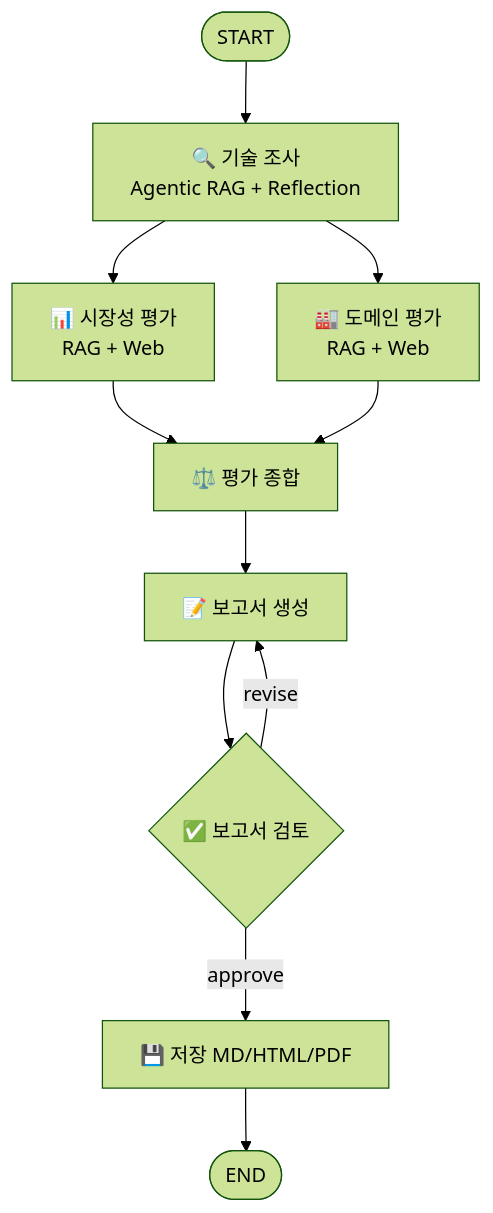
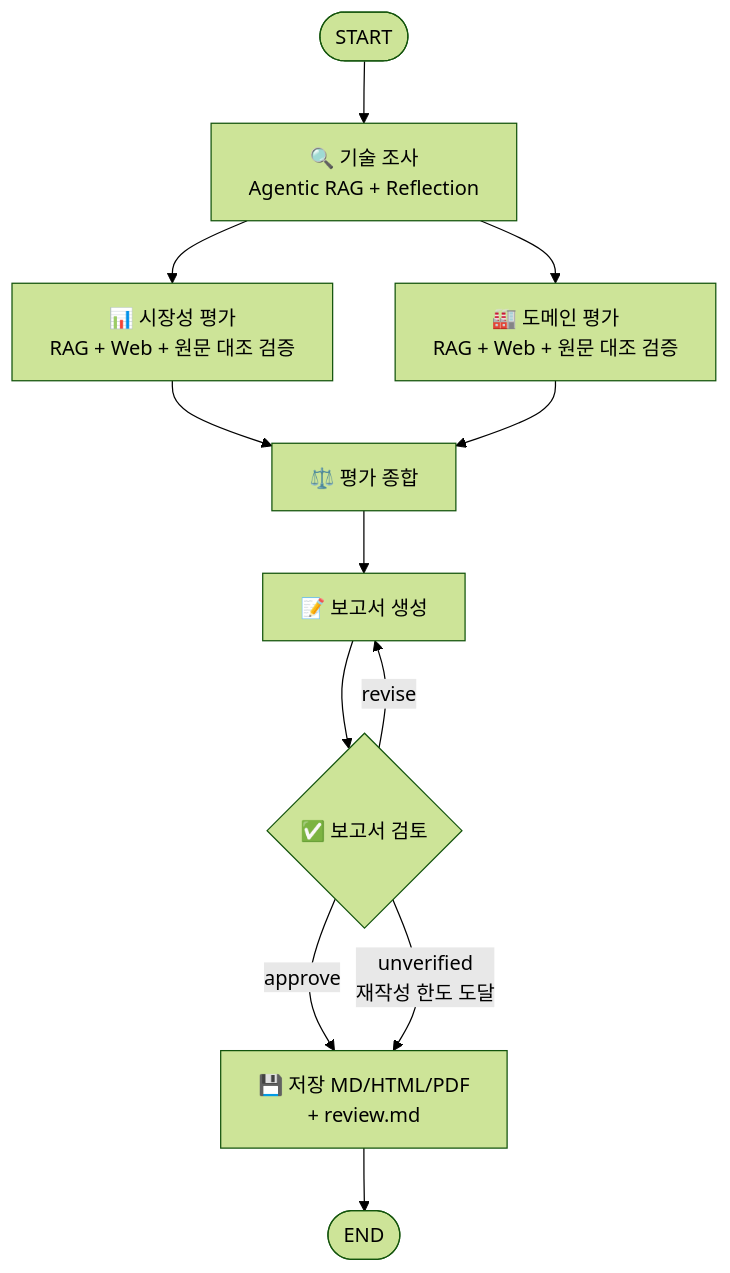
Before and after one commit to yunanana/kv-cache-agentic-rag: the first of 2 diagrams in README.md, drawn with Mermaid (forest theme). The commit also changed other lines of this file and 20 other files, not shown here.

````diff
--- a/README.md
+++ b/README.md
@@ -98,13 +105,14 @@
 ```mermaid
 graph TD
     START([START]) --> TR[🔍 기술 조사<br/>Agentic RAG + Reflection]
-    TR --> MK[📊 시장성 평가<br/>RAG + Web]
-    TR --> DM[🏭 도메인 평가<br/>RAG + Web]
+    TR --> MK[📊 시장성 평가<br/>RAG + Web + 원문 대조 검증]
+    TR --> DM[🏭 도메인 평가<br/>RAG + Web + 원문 대조 검증]
     MK --> SY[⚖️ 평가 종합]
     DM --> SY
     SY --> RW[📝 보고서 생성]
     RW --> RV{✅ 보고서 검토}
     RV -- revise --> RW
-    RV -- approve --> EX[💾 저장 MD/HTML/PDF]
+    RV -- approve --> EX[💾 저장 MD/HTML/PDF<br/>+ review.md]
+    RV -- unverified<br/>재작성 한도 도달 --> EX
     EX --> END([END])
 ```
````
